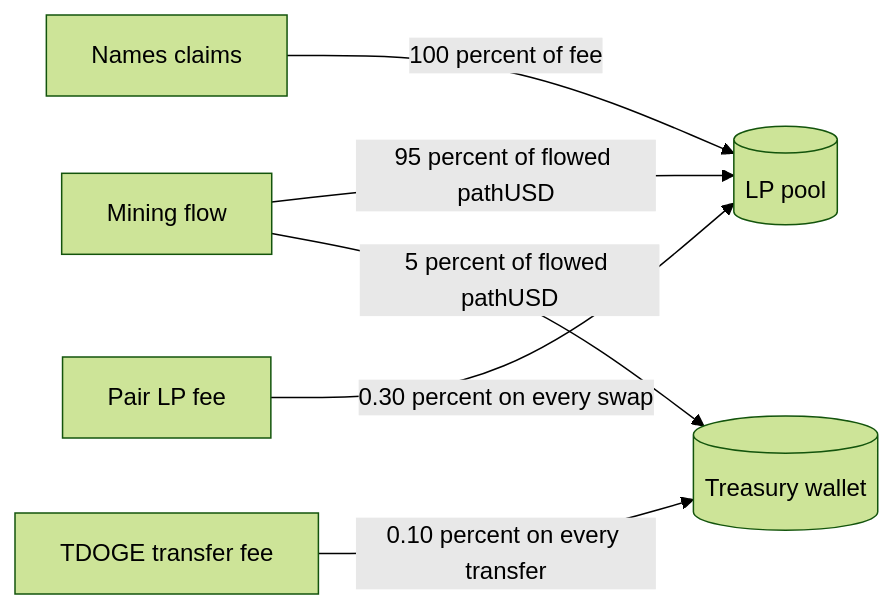
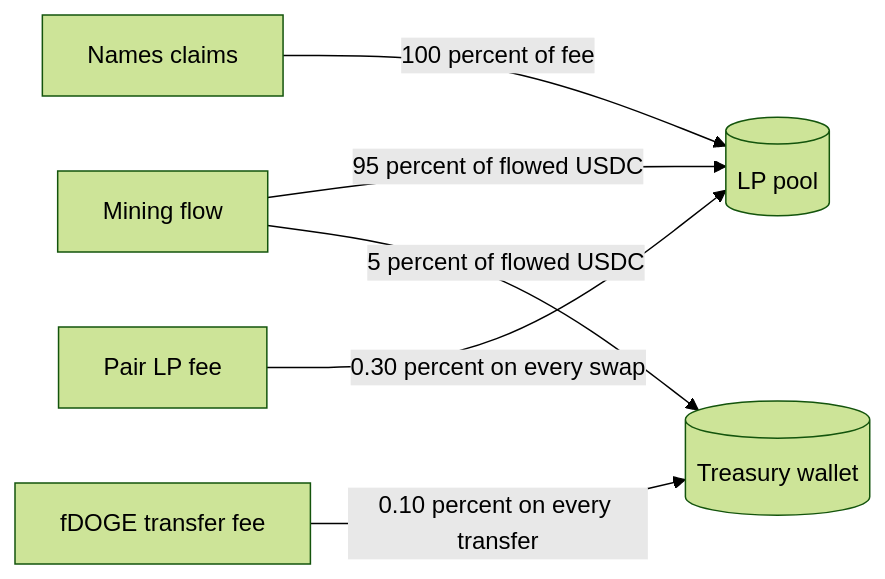
Diagram 18 of 19 in WHITEPAPER.md (dudelynft-dotcom/DF), drawn with Mermaid (forest theme) before and after one commit. The commit also changed other lines of this file and 2 other files, not shown here.

````diff
--- a/WHITEPAPER.md
+++ b/WHITEPAPER.md
@@ -926,8 +910,8 @@
 ```mermaid
 flowchart LR
-    M[Mining flow] -->|95 percent of flowed pathUSD| LP[(LP pool)]
-    M -->|5 percent of flowed pathUSD| TR[(Treasury wallet)]
+    M[Mining flow] -->|95 percent of flowed USDC| LP[(LP pool)]
+    M -->|5 percent of flowed USDC| TR[(Treasury wallet)]
     NM[Names claims] -->|100 percent of fee| LP
-    TF[TDOGE transfer fee] -->|0.10 percent on every transfer| TR
+    TF[fDOGE transfer fee] -->|0.10 percent on every transfer| TR
     LPF[Pair LP fee] -->|0.30 percent on every swap| LP
 ```
````
